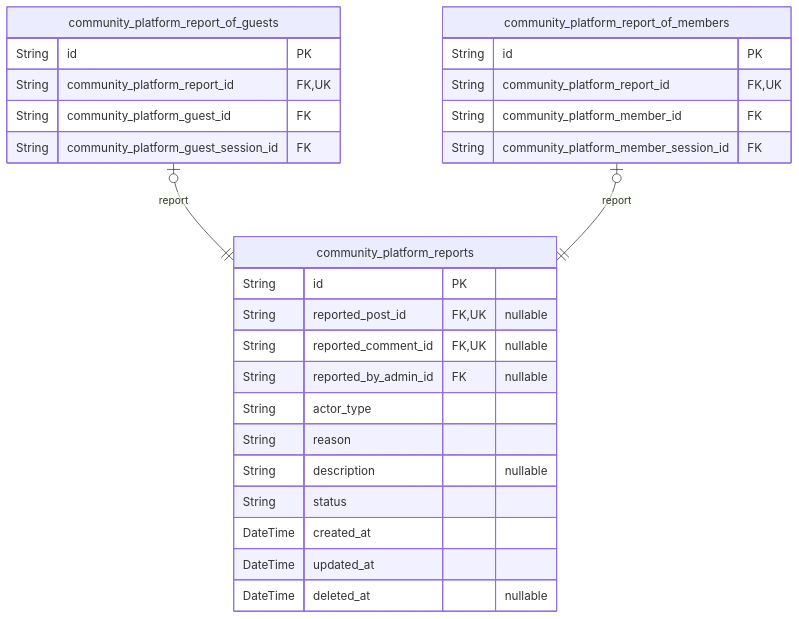
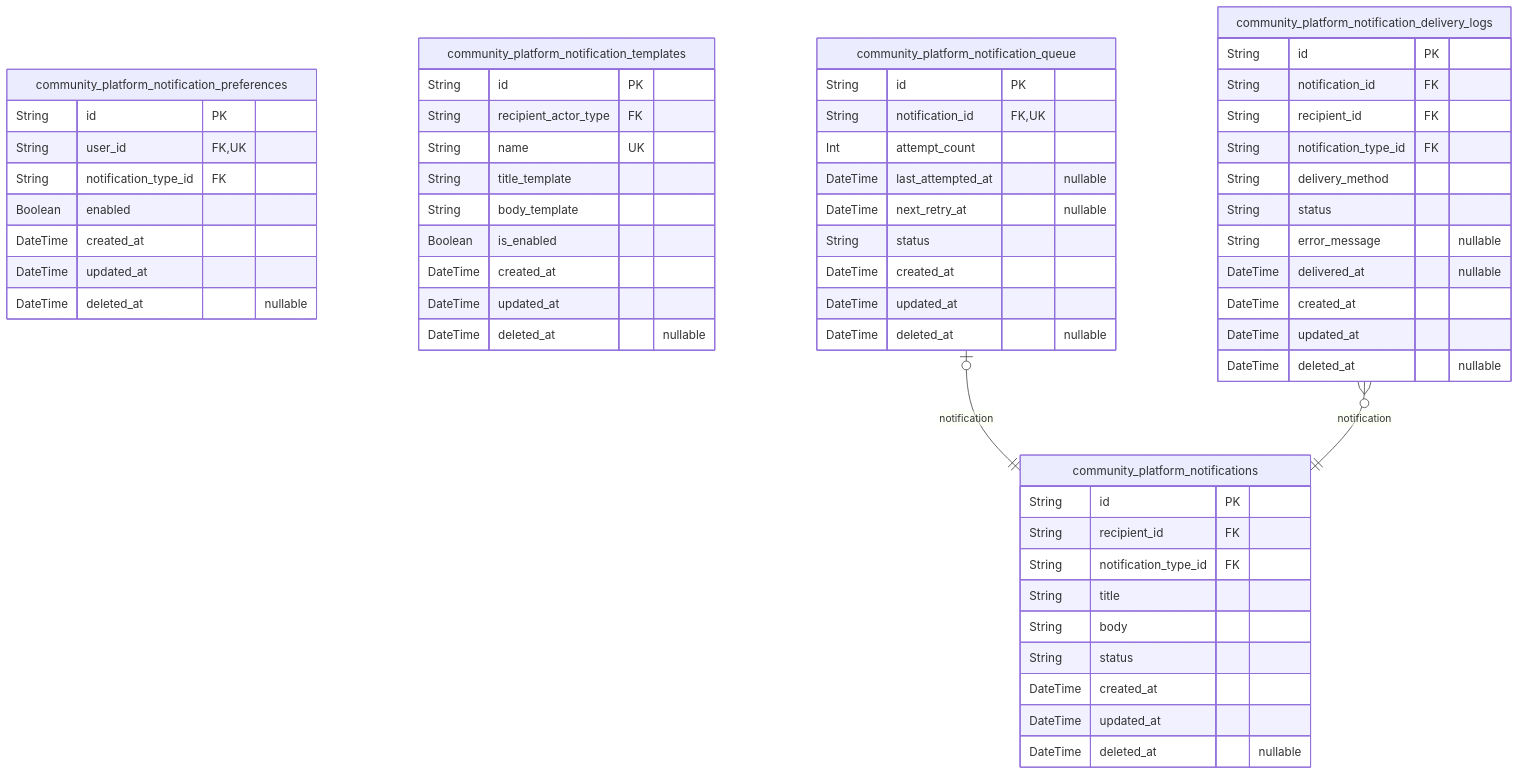
One commit to wrtnlabs/autobe-examples changed the fifth of 10 diagrams in qwen/qwen3-next-80b-a3b-instruct/reddit/docs/ERD.md. Above: the diagram before and after it, drawn with Mermaid. The commit also changed other lines of this file and 960 other files, not shown here.

````diff
--- a/qwen/qwen3-next-80b-a3b-instruct/reddit/docs/ERD.md
+++ b/qwen/qwen3-next-80b-a3b-instruct/reddit/docs/ERD.md
@@ -614,30 +1118,60 @@
 ```mermaid
 erDiagram
-"community_platform_reports" {
+"community_platform_notifications" {
   String id PK
-  String reported_post_id FK,UK "nullable"
-  String reported_comment_id FK,UK "nullable"
-  String reported_by_admin_id FK "nullable"
-  String actor_type
-  String reason
-  String description "nullable"
+  String recipient_id FK
+  String notification_type_id FK
+  String title
+  String body
   String status
   DateTime created_at
   DateTime updated_at
   DateTime deleted_at "nullable"
 }
-"community_platform_report_of_guests" {
+"community_platform_notification_preferences" {
   String id PK
-  String community_platform_report_id FK,UK
-  String community_platform_guest_id FK
-  String community_platform_guest_session_id FK
+  String user_id FK,UK
+  String notification_type_id FK
+  Boolean enabled
+  DateTime created_at
+  DateTime updated_at
+  DateTime deleted_at "nullable"
 }
-"community_platform_report_of_members" {
+"community_platform_notification_templates" {
   String id PK
-  String community_platform_report_id FK,UK
-  String community_platform_member_id FK
-  String community_platform_member_session_id FK
+  String recipient_actor_type FK
+  String name UK
+  String title_template
+  String body_template
+  Boolean is_enabled
+  DateTime created_at
+  DateTime updated_at
+  DateTime deleted_at "nullable"
 }
-"community_platform_report_of_guests" |o--|| "community_platform_reports" : report
-"community_platform_report_of_members" |o--|| "community_platform_reports" : report
+"community_platform_notification_queue" {
+  String id PK
+  String notification_id FK,UK
+  Int attempt_count
+  DateTime last_attempted_at "nullable"
+  DateTime next_retry_at "nullable"
+  String status
+  DateTime created_at
+  DateTime updated_at
+  DateTime deleted_at "nullable"
+}
+"community_platform_notification_delivery_logs" {
+  String id PK
+  String notification_id FK
+  String recipient_id FK
+  String notification_type_id FK
+  String delivery_method
+  String status
+  String error_message "nullable"
+  DateTime delivered_at "nullable"
+  DateTime created_at
+  DateTime updated_at
+  DateTime deleted_at "nullable"
+}
+"community_platform_notification_queue" |o--|| "community_platform_notifications" : notification
+"community_platform_notification_delivery_logs" }o--|| "community_platform_notifications" : notification
 ```
````
